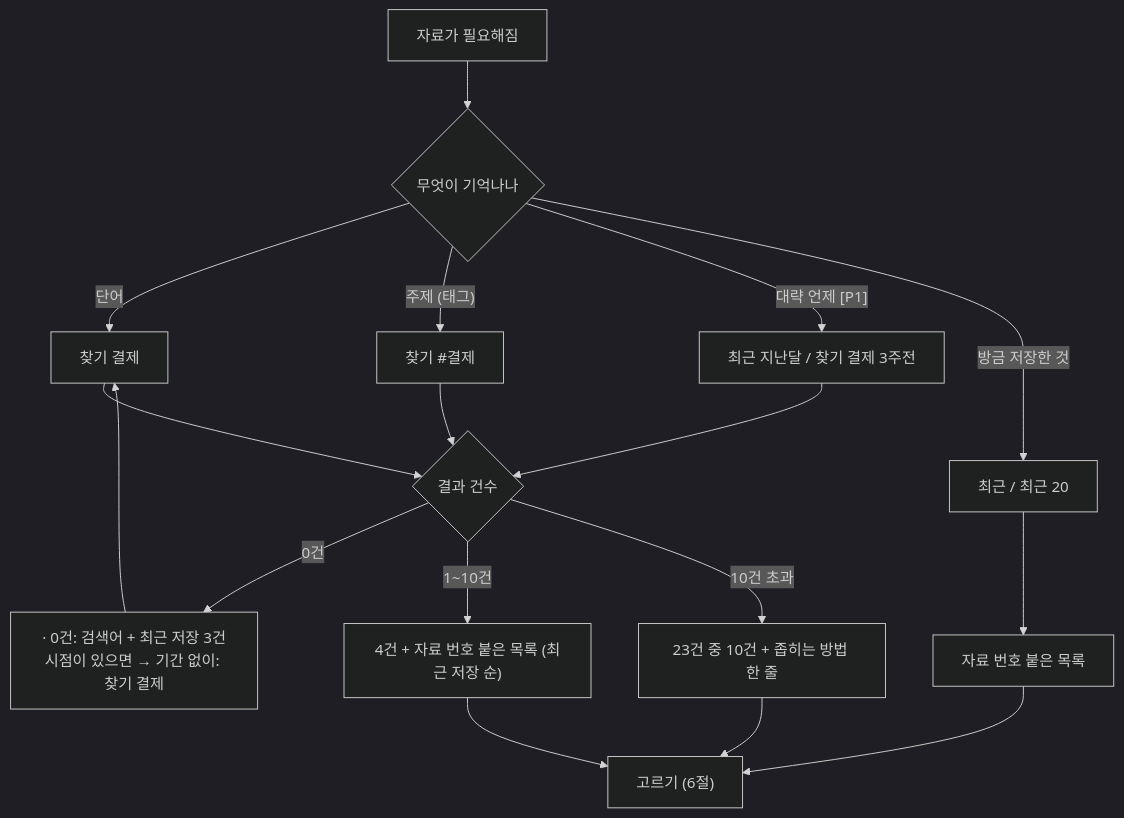
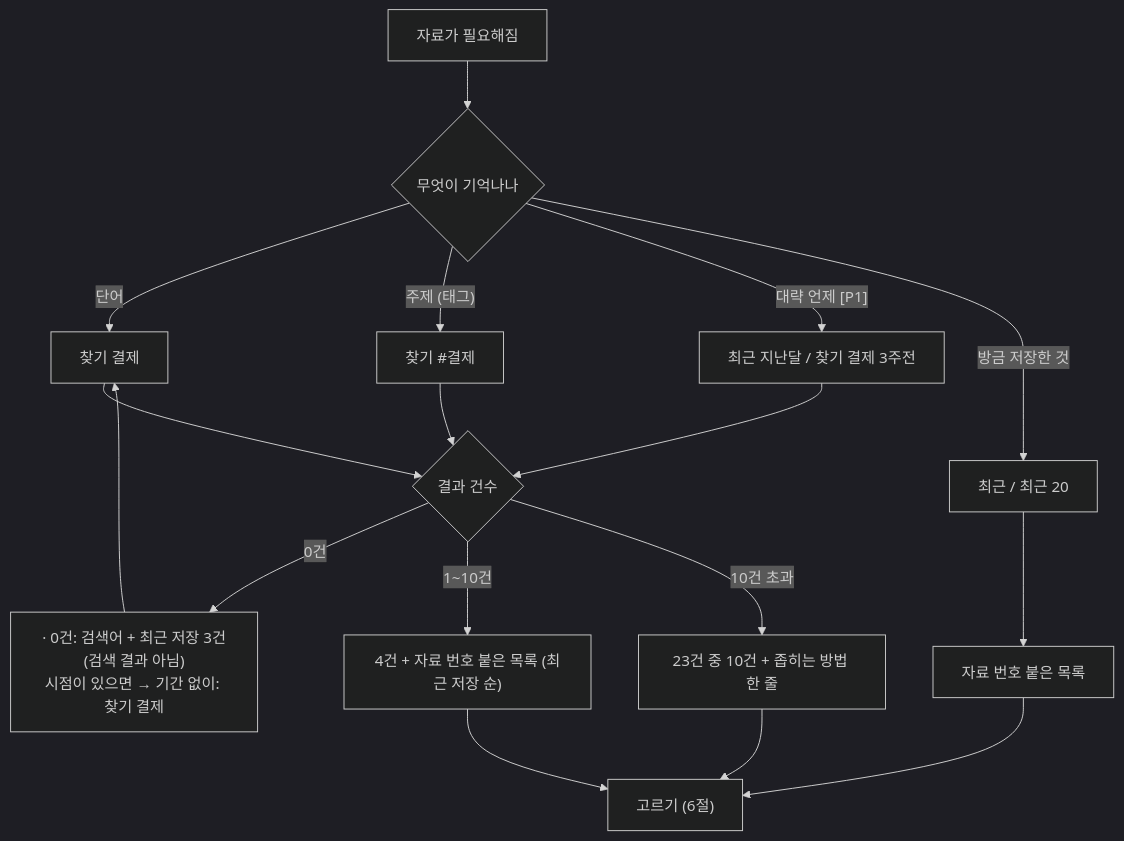
One commit to delightPIP/grep changed the fifth of 10 diagrams in docs/planning/user-flow.md. Above: the diagram before and after it, drawn with Mermaid (dark theme). The commit also changed other lines of this file and 13 other files, not shown here.

````diff
--- a/docs/planning/user-flow.md
+++ b/docs/planning/user-flow.md
@@ -146,19 +146,19 @@
 ```mermaid
 flowchart TD
     A["자료가 필요해짐"] --> B{"무엇이 기억나나"}
     B -- "단어" --> C["찾기 결제"]
     B -- "주제 (태그)" --> T["찾기 #결제"]
     T --> F
     B -- "대략 언제 [P1]" --> D["최근 지난달 / 찾기 결제 3주전"]
     B -- "방금 저장한 것" --> E["최근 / 최근 20"]
     C --> F{"결과 건수"}
     D --> F
     E --> G["자료 번호 붙은 목록"]
-    F -- "0건" --> H["· 0건: 검색어 + 최근 저장 3건<br/>시점이 있으면 → 기간 없이: 찾기 결제"]
+    F -- "0건" --> H["· 0건: 검색어 + 최근 저장 3건(검색 결과 아님)<br/>시점이 있으면 → 기간 없이: 찾기 결제"]
     F -- "1~10건" --> I["4건 + 자료 번호 붙은 목록 (최근 저장 순)"]
     F -- "10건 초과" --> J["23건 중 10건 + 좁히는 방법 한 줄"]
     I --> K["고르기 (6절)"]
     J --> K
     G --> K
     H --> C
 ```
````
